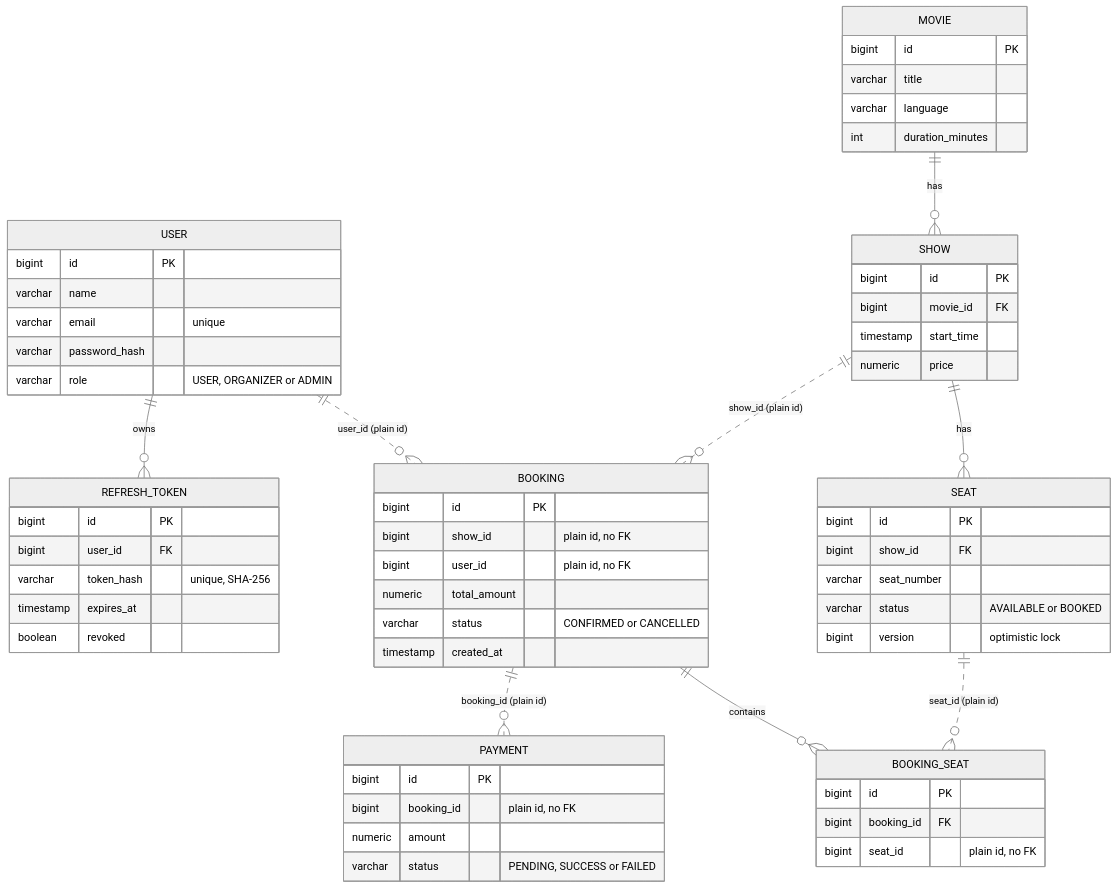
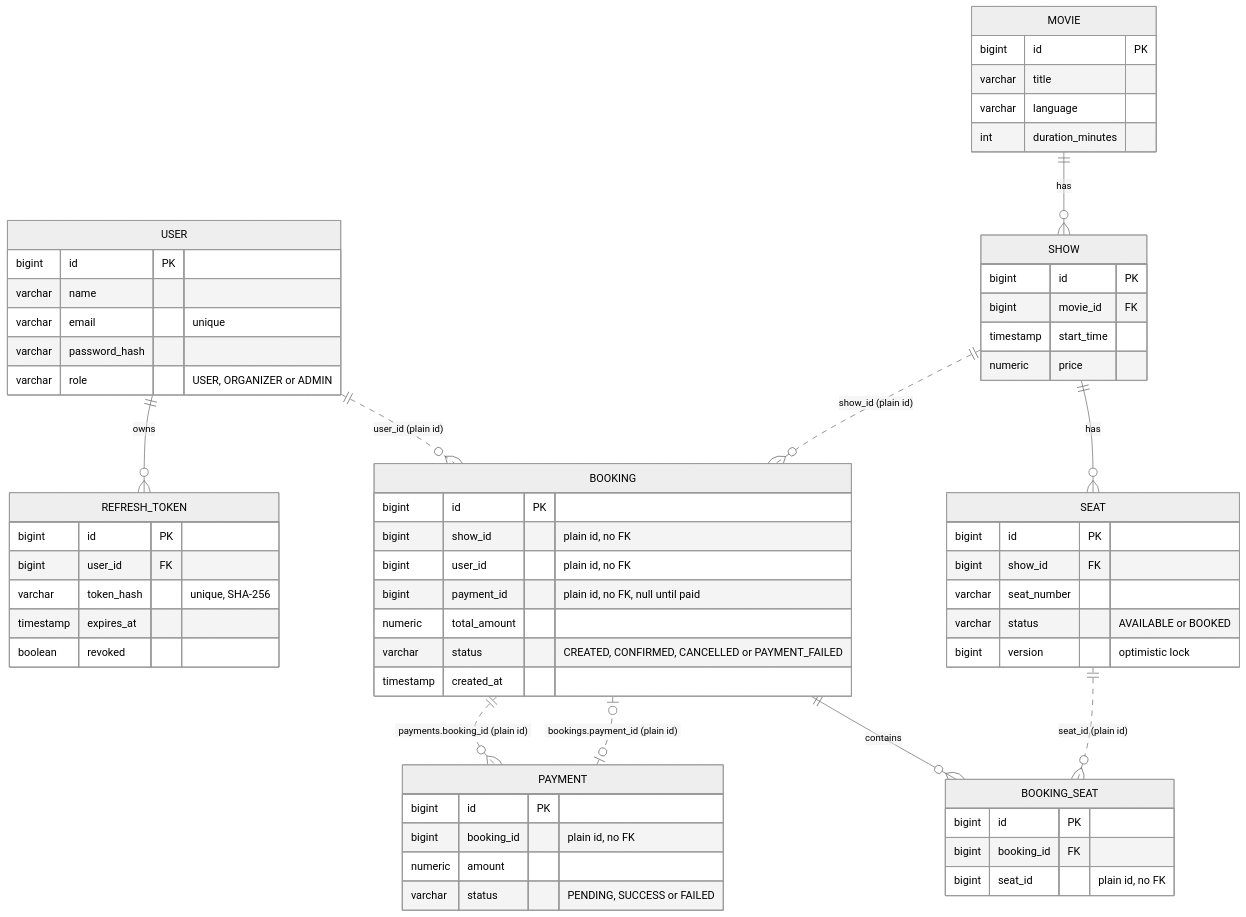
Before and after one commit to rahulmulik9/Ticket_booking_application: the first of 2 diagrams in Phase_6_Microservices/Files/ENTITY_DIAGRAM.md, drawn with Mermaid (neutral theme). The commit also changed other lines of this file and 1 other file, not shown here.

Commit message:
Updated schema

````diff
--- a/Phase_6_Microservices/Files/ENTITY_DIAGRAM.md
+++ b/Phase_6_Microservices/Files/ENTITY_DIAGRAM.md
@@ -22,74 +22,76 @@
 ```mermaid
 erDiagram
     USER ||--o{ REFRESH_TOKEN : "owns"
 
     MOVIE ||--o{ SHOW : "has"
     SHOW ||--o{ SEAT : "has"
 
     BOOKING ||--o{ BOOKING_SEAT : "contains"
 
     USER ||..o{ BOOKING : "user_id (plain id)"
     SHOW ||..o{ BOOKING : "show_id (plain id)"
     SEAT ||..o{ BOOKING_SEAT : "seat_id (plain id)"
-    BOOKING ||..o{ PAYMENT : "booking_id (plain id)"
+    BOOKING ||..o{ PAYMENT : "payments.booking_id (plain id)"
+    PAYMENT |o..o| BOOKING : "bookings.payment_id (plain id)"
 
     USER {
         bigint id PK
         varchar name
         varchar email "unique"
         varchar password_hash
         varchar role "USER, ORGANIZER or ADMIN"
     }
 
     REFRESH_TOKEN {
         bigint id PK
         bigint user_id FK
         varchar token_hash "unique, SHA-256"
         timestamp expires_at
         boolean revoked
     }
 
     MOVIE {
         bigint id PK
         varchar title
         varchar language
         int duration_minutes
     }
 
     SHOW {
         bigint id PK
         bigint movie_id FK
         timestamp start_time
         numeric price
     }
 
     SEAT {
         bigint id PK
         bigint show_id FK
         varchar seat_number
         varchar status "AVAILABLE or BOOKED"
         bigint version "optimistic lock"
     }
 
     BOOKING {
         bigint id PK
         bigint show_id "plain id, no FK"
         bigint user_id "plain id, no FK"
+        bigint payment_id "plain id, no FK, null until paid"
         numeric total_amount
-        varchar status "CONFIRMED or CANCELLED"
+        varchar status "CREATED, CONFIRMED, CANCELLED or PAYMENT_FAILED"
         timestamp created_at
     }
 
     BOOKING_SEAT {
         bigint id PK
         bigint booking_id FK
         bigint seat_id "plain id, no FK"
     }
 
     PAYMENT {
         bigint id PK
         bigint booking_id "plain id, no FK"
         numeric amount
         varchar status "PENDING, SUCCESS or FAILED"
     }
 ```
````
